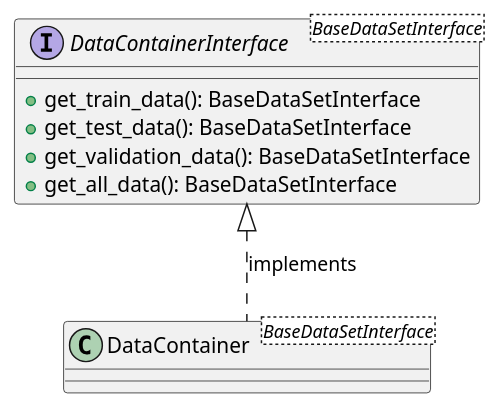
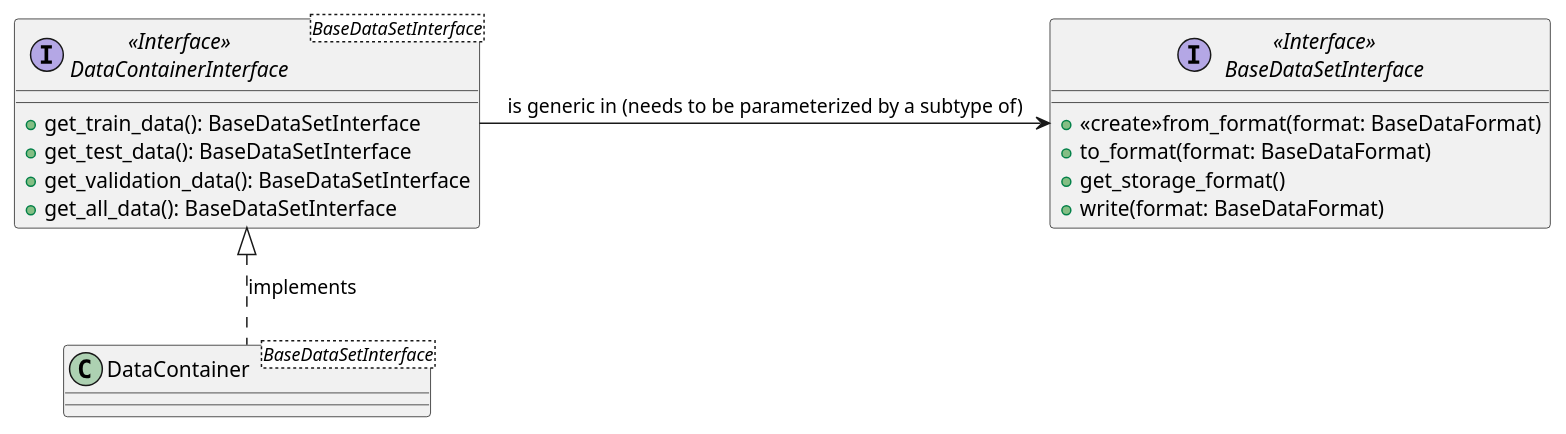
One commit to tloeber/ML-interfaces changed the diagram in docs/uml/data_container_interfaces.puml. Above: the diagram before and after it, drawn with PlantUML. The commit also changed 1 other file, not shown here.

```diff
--- a/docs/uml/data_container_interfaces.puml
+++ b/docs/uml/data_container_interfaces.puml
@@ -1,13 +1,25 @@
 @startuml
-interface DataContainerInterface <BaseDataSetInterface> {
+
+interface "<<Interface>>\nDataContainerInterface" <BaseDataSetInterface> {
   +get_train_data(): BaseDataSetInterface
   +get_test_data(): BaseDataSetInterface
   +get_validation_data(): BaseDataSetInterface
   +get_all_data(): BaseDataSetInterface
 }
 
 class DataContainer <BaseDataSetInterface> {
 }
-DataContainerInterface <|.. DataContainer : implements
+"<<Interface>>\nDataContainerInterface" <|.. DataContainer : implements
+
+
+interface "<<Interface>>\nBaseDataSetInterface" {
+  +<<create>>from_format(format: BaseDataFormat)
+  +to_format(format: BaseDataFormat)
+  +get_storage_format()
+  +write(format: BaseDataFormat)
+
+}
+
+"<<Interface>>\nDataContainerInterface" -right-> "<<Interface>>\nBaseDataSetInterface": is generic in (needs to be parameterized by a subtype of)
 
 @enduml
```
